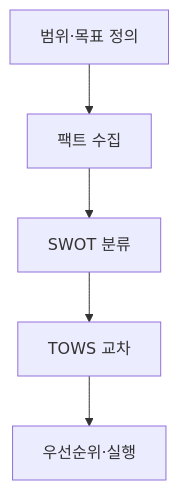
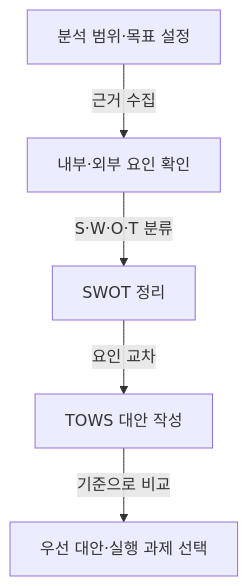
Before and after one commit to agnusdei1207/study: the first of 2 diagrams in src/content/docs/notes/itpe/01-it-strategy/034_swot_analysis.md, drawn with Mermaid. The commit also changed other lines of this file and 2 other files, not shown here.

````diff
--- a/src/content/docs/notes/itpe/01-it-strategy/034_swot_analysis.md
+++ b/src/content/docs/notes/itpe/01-it-strategy/034_swot_analysis.md
@@ -56,7 +55,7 @@
 ```mermaid
 flowchart TD
-    A["범위·목표 정의"] --> B["팩트 수집"]
-    B --> C["SWOT 분류"]
-    C --> D["TOWS 교차"]
-    D --> E["우선순위·실행"]
+    A["분석 범위·목표 설정"] -->|근거 수집| B["내부·외부 요인 확인"]
+    B -->|S·W·O·T 분류| C["SWOT 정리"]
+    C -->|요인 교차| D["TOWS 대안 작성"]
+    D -->|기준으로 비교| E["우선 대안·실행 과제 선택"]
 ```
````
